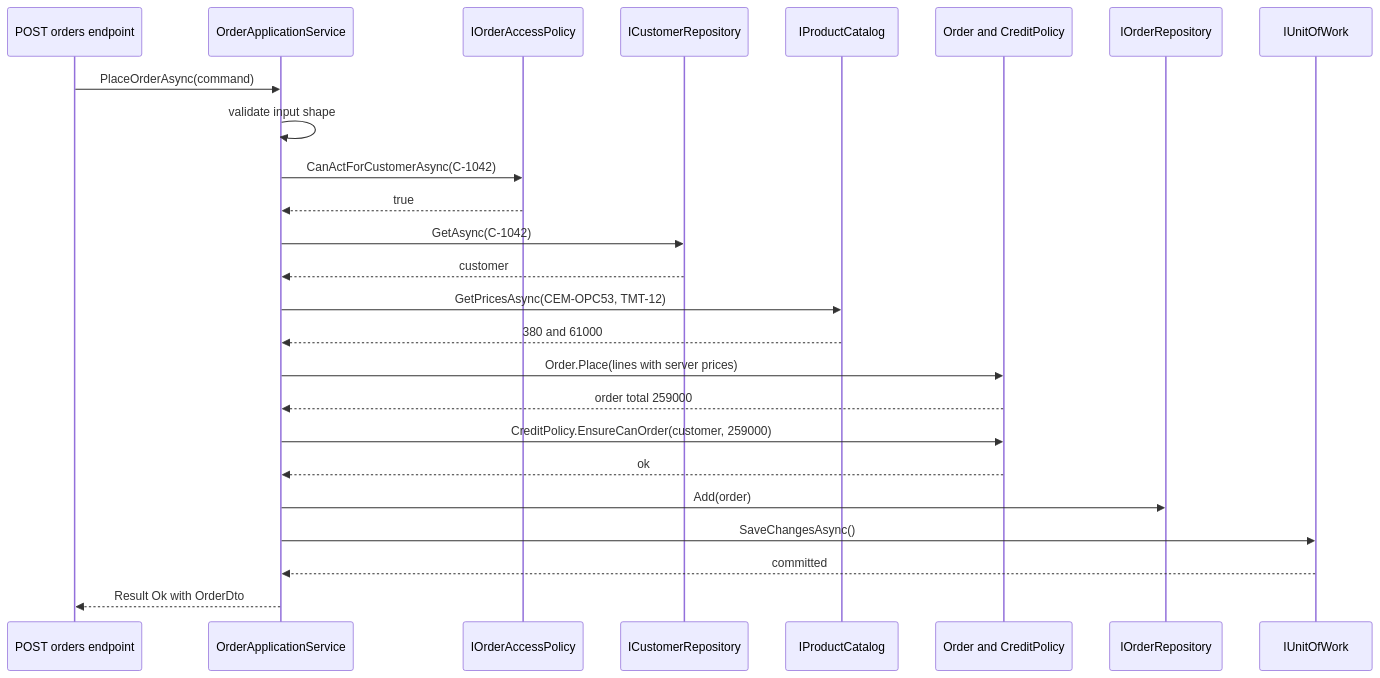
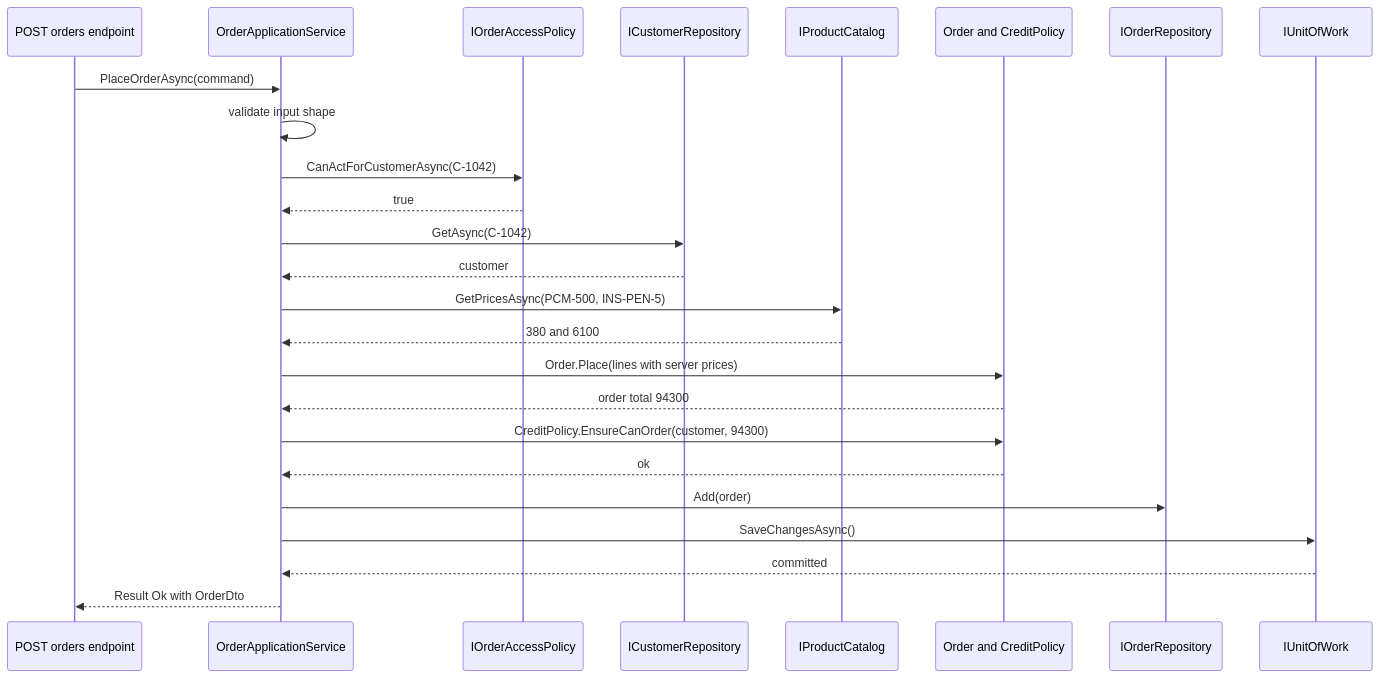
The second of 2 diagrams in content/lessons/m08/m08-application-services.md (rizwi0786/system-design-lab), drawn with Mermaid before and after one commit. The commit also changed other lines of this file and 334 other files, not shown here.

````diff
--- a/content/lessons/m08/m08-application-services.md
+++ b/content/lessons/m08/m08-application-services.md
@@ -234,27 +234,27 @@
 ```mermaid
 sequenceDiagram
     participant API as POST orders endpoint
     participant App as OrderApplicationService
     participant Auth as IOrderAccessPolicy
     participant CR as ICustomerRepository
     participant Cat as IProductCatalog
     participant Dom as Order and CreditPolicy
     participant OR as IOrderRepository
     participant UoW as IUnitOfWork
     API->>App: PlaceOrderAsync(command)
     App->>App: validate input shape
     App->>Auth: CanActForCustomerAsync(C-1042)
     Auth-->>App: true
     App->>CR: GetAsync(C-1042)
     CR-->>App: customer
-    App->>Cat: GetPricesAsync(CEM-OPC53, TMT-12)
-    Cat-->>App: 380 and 61000
+    App->>Cat: GetPricesAsync(PCM-500, INS-PEN-5)
+    Cat-->>App: 380 and 6100
     App->>Dom: Order.Place(lines with server prices)
-    Dom-->>App: order total 259000
-    App->>Dom: CreditPolicy.EnsureCanOrder(customer, 259000)
+    Dom-->>App: order total 94300
+    App->>Dom: CreditPolicy.EnsureCanOrder(customer, 94300)
     Dom-->>App: ok
     App->>OR: Add(order)
     App->>UoW: SaveChangesAsync()
     UoW-->>App: committed
     App-->>API: Result Ok with OrderDto
 ```
````
